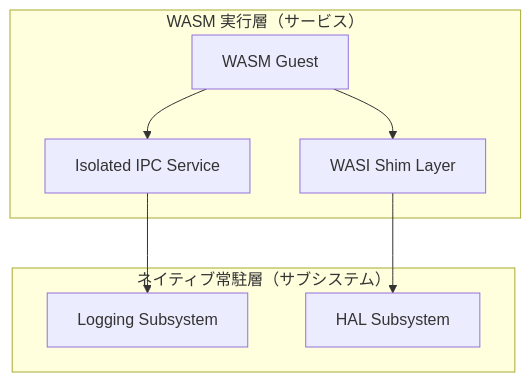
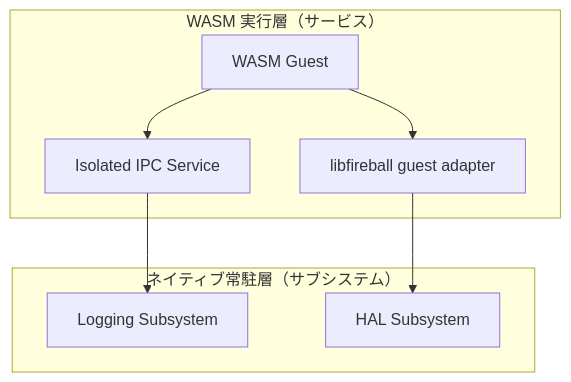
Before and after one commit to kmt-t/fireball: the first of 3 diagrams in docs/components/tier1_interface/system_service.md, drawn with Mermaid. The commit also changed other lines of this file and 37 other files, not shown here.

````diff
--- a/docs/components/tier1_interface/system_service.md
+++ b/docs/components/tier1_interface/system_service.md
@@ -21,13 +21,13 @@
 ```mermaid
 graph TD
     subgraph WasmLayer["WASM 実行層（サービス）"]
         Guest[WASM Guest] --> IPCService[Isolated IPC Service]
-        Guest --> WASI[WASI Shim Layer]
+        Guest --> Lib[libfireball guest adapter]
     end
     subgraph NativeLayer["ネイティブ常駐層（サブシステム）"]
         Logging[Logging Subsystem]
         HAL[HAL Subsystem]
     end
     IPCService --> Logging
-    WASI --> HAL
+    Lib --> HAL
 ```
````
